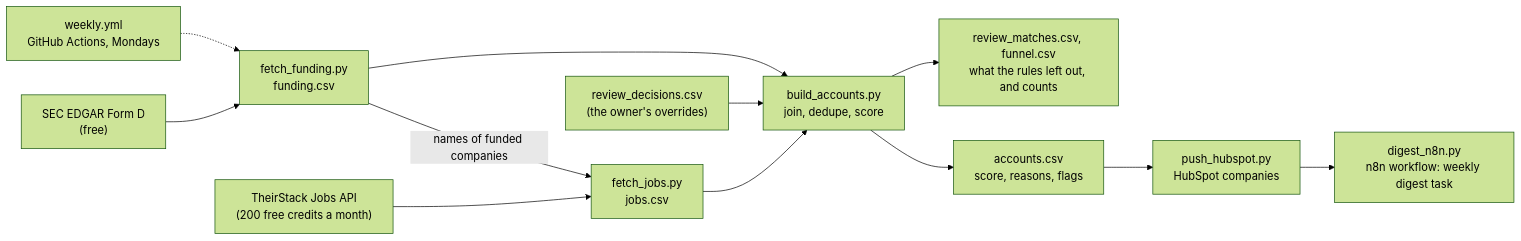
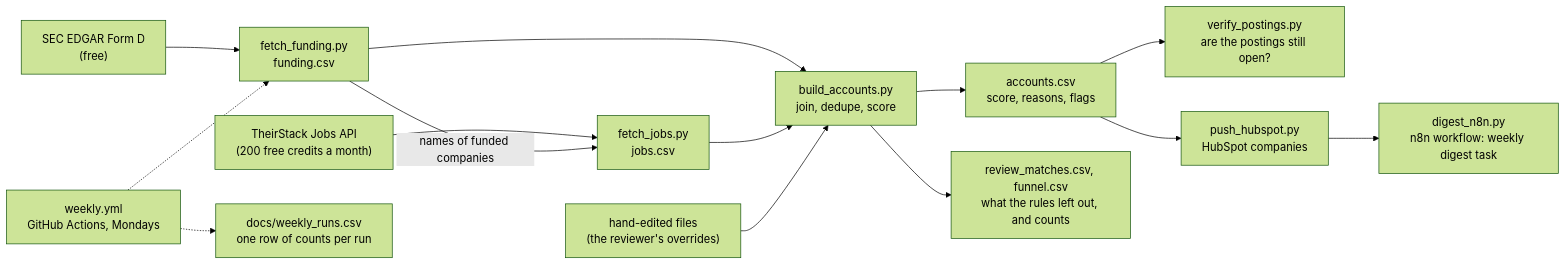
One commit to LixinTu/signal-pipeline changed the diagram in README.md. Above: the diagram before and after it, drawn with Mermaid (forest theme). The commit also changed other lines of this file and 32 other files, not shown here.

````diff
--- a/README.md
+++ b/README.md
@@ -38,14 +44,16 @@
 ```mermaid
 flowchart LR
     SEC["SEC EDGAR Form D<br/>(free)"] --> F["fetch_funding.py<br/>funding.csv"]
     TS["TheirStack Jobs API<br/>(200 free credits a month)"] --> J["fetch_jobs.py<br/>jobs.csv"]
     F -->|"names of funded companies"| J
     F --> B["build_accounts.py<br/>join, dedupe, score"]
     J --> B
-    D["review_decisions.csv<br/>(the owner's overrides)"] --> B
+    D["hand-edited files<br/>(the reviewer's overrides)"] --> B
     B --> A["accounts.csv<br/>score, reasons, flags"]
     B --> R["review_matches.csv, funnel.csv<br/>what the rules left out, and counts"]
+    A --> V["verify_postings.py<br/>are the postings still open?"]
     A --> H["push_hubspot.py<br/>HubSpot companies"]
     H --> N["digest_n8n.py<br/>n8n workflow: weekly digest task"]
     W["weekly.yml<br/>GitHub Actions, Mondays"] -.-> F
+    W -.-> L["docs/weekly_runs.csv<br/>one row of counts per run"]
 ```
````
